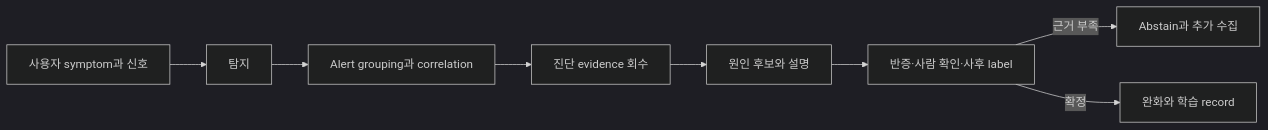
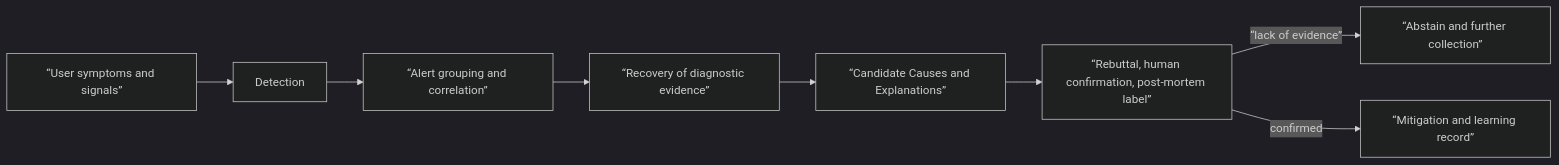
The diagram in docs-site/content/aiops-diagnosis/00-roadmap.md (nohdol97/nohdol-study), drawn with Mermaid (dark theme) before and after one commit. The commit also changed other lines of this file and 116 other files, not shown here.

````diff
--- a/docs-site/content/aiops-diagnosis/00-roadmap.md
+++ b/docs-site/content/aiops-diagnosis/00-roadmap.md
@@ -21,10 +21,10 @@
 ```mermaid
 flowchart LR
-  S["사용자 symptom과 신호"] --> D["탐지"]
-  D --> C["Alert grouping과 correlation"]
-  C --> R["진단 evidence 회수"]
-  R --> H["원인 후보와 설명"]
-  H --> V["반증·사람 확인·사후 label"]
-  V -->|"근거 부족"| A["Abstain과 추가 수집"]
-  V -->|"확정"| L["완화와 학습 record"]
+  S[“User symptoms and signals”] --> D["Detection"]
+  D --> C[“Alert grouping and correlation”]
+  C --> R[“Recovery of diagnostic evidence”]
+  R --> H[“Candidate Causes and Explanations”]
+  H --> V[“Rebuttal, human confirmation, post-mortem label”]
+  V -->|“lack of evidence”| A[“Abstain and further collection”]
+  V -->|"confirmed"| L[“Mitigation and learning record”]
 ```
````
